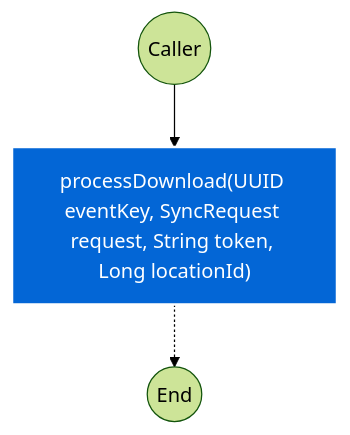
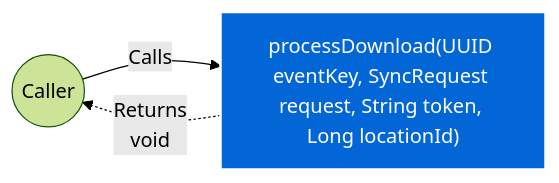
The seventh of 15 diagrams in docs/CloudSyncUploadService.md (FelipeMCassiano/geanky), drawn with Mermaid (forest theme) before and after one commit. The commit also changed other lines of this file and 6 other files, not shown here.

````diff
--- a/docs/CloudSyncUploadService.md
+++ b/docs/CloudSyncUploadService.md
@@ -662,11 +762,9 @@
 ```mermaid
-flowchart TD
+flowchart LR
     classDef methodNode fill:#0366d6,stroke:#fff,stroke-width:2px,color:#fff;
-    classDef callNode fill:#f1f8ff,stroke:#0366d6,color:#24292f;
-    classDef ifNode fill:#fff8c5,stroke:#d73a49,color:#24292f;
-    classDef retNode fill:#28a745,stroke:#fff,color:#fff;
+    Caller(("Caller"))
+    Method["processDownload(UUID eventKey, SyncRequest request, String token, Long locationId)"]:::methodNode
 
-    START(("Caller")) --> M_ENTRY["processDownload(UUID eventKey, SyncRequest request, String token, Long locationId)"]:::methodNode
-    M_ENTRY -.-> END(("End"))
-
+    Caller -- "Calls" --> Method
+    Method -. "Returns<br>void" .-> Caller
 ```
````
